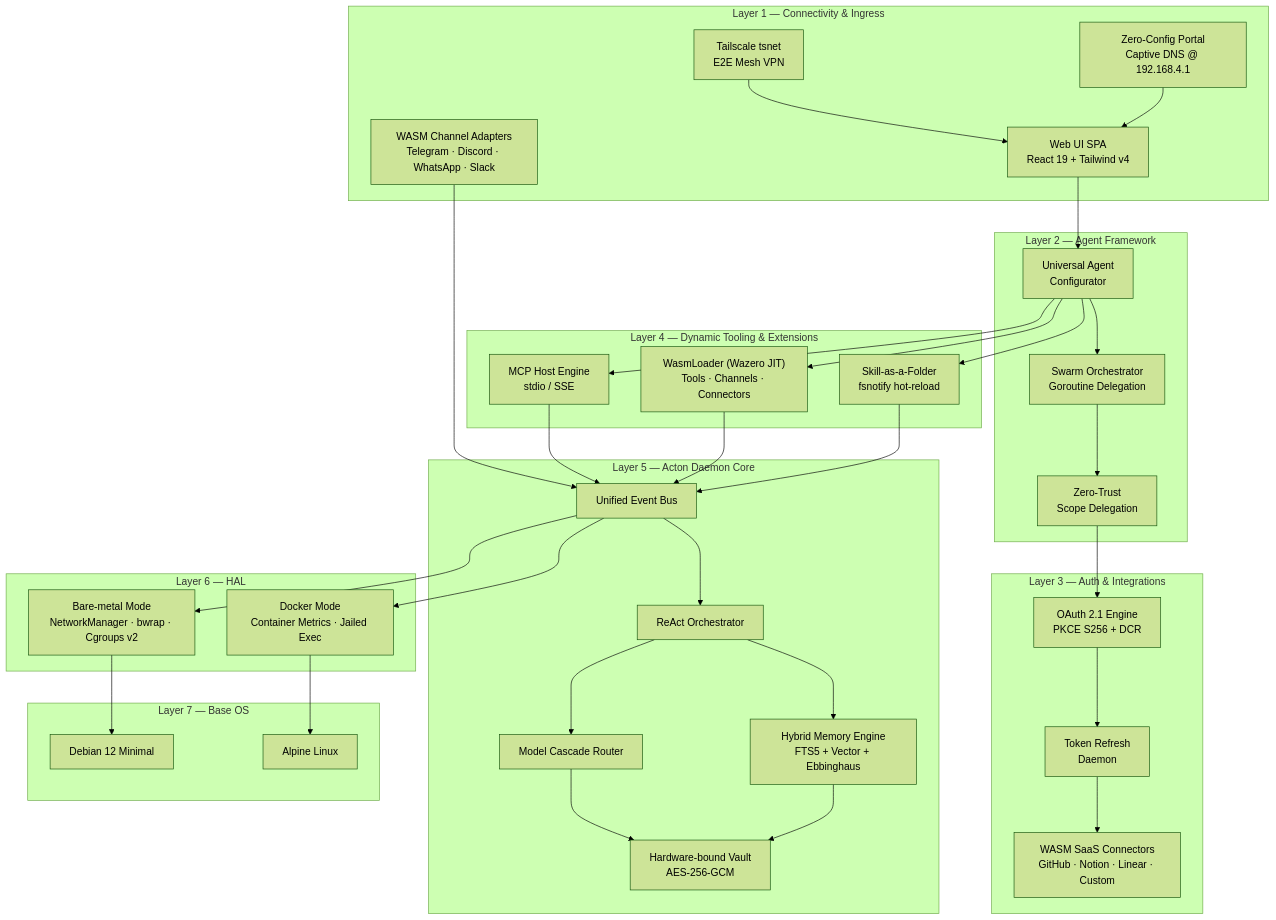
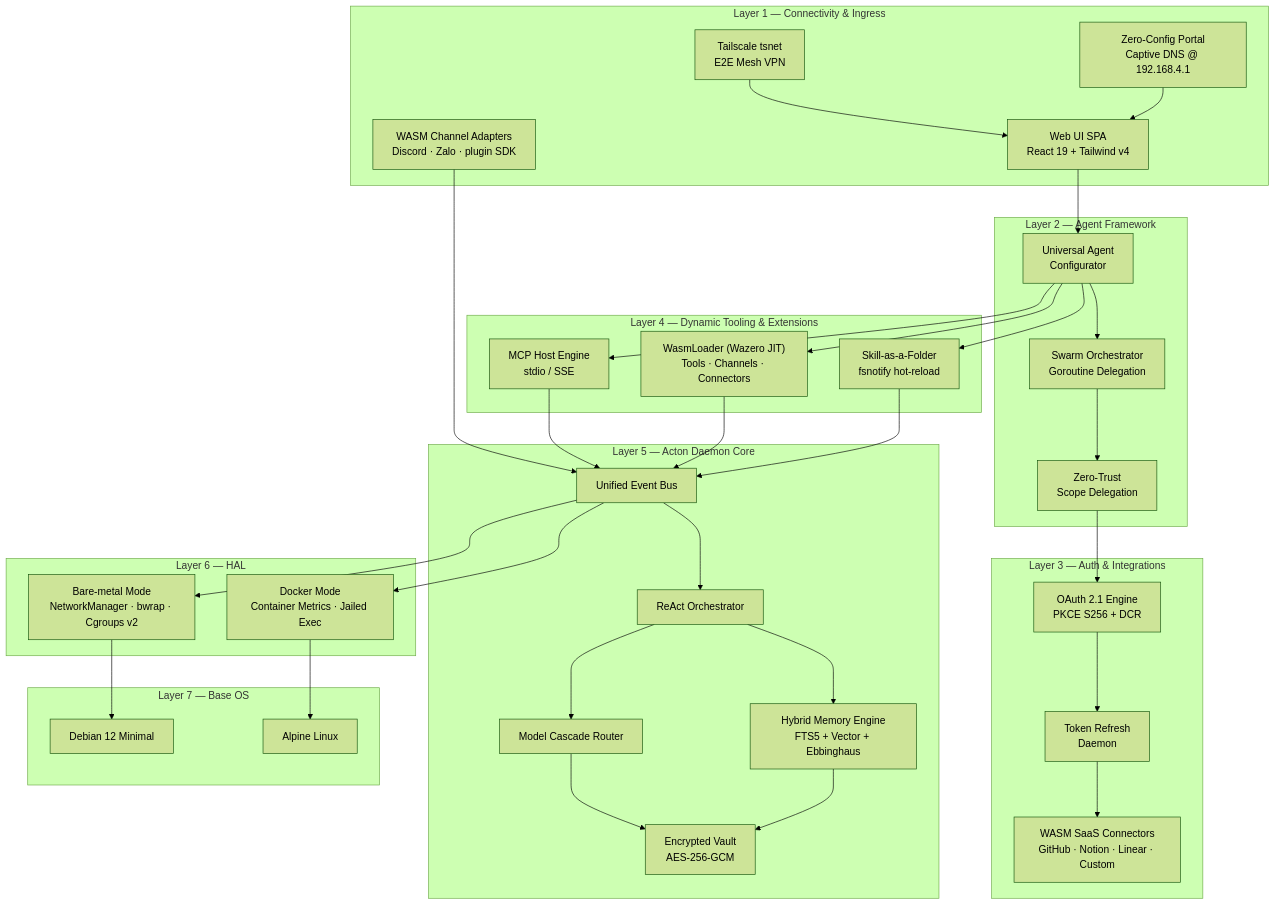
One commit to actonos/actonos changed the diagram in README.md. Above: the diagram before and after it, drawn with Mermaid (forest theme). The commit also changed other lines of this file and 81 other files, not shown here.

````diff
--- a/README.md
+++ b/README.md
@@ -40,70 +40,70 @@
 ```mermaid
 graph TB
     subgraph "Layer 1 — Connectivity & Ingress"
         TSNET["Tailscale tsnet<br/>E2E Mesh VPN"]
         WEBUI["Web UI SPA<br/>React 19 + Tailwind v4"]
-        CHANNELS["WASM Channel Adapters<br/>Telegram · Discord · WhatsApp · Slack"]
+        CHANNELS["WASM Channel Adapters<br/>Discord · Zalo · plugin SDK"]
         PORTAL["Zero-Config Portal<br/>Captive DNS @ 192.168.4.1"]
     end
 
     subgraph "Layer 2 — Agent Framework"
         CONFIGURATOR["Universal Agent<br/>Configurator"]
         SWARM["Swarm Orchestrator<br/>Goroutine Delegation"]
         DELEGATION["Zero-Trust<br/>Scope Delegation"]
     end
 
     subgraph "Layer 3 — Auth & Integrations"
         OAUTH["OAuth 2.1 Engine<br/>PKCE S256 + DCR"]
         REFRESH["Token Refresh<br/>Daemon"]
         CONNECTORS["WASM SaaS Connectors<br/>GitHub · Notion · Linear · Custom"]
     end
 
     subgraph "Layer 4 — Dynamic Tooling & Extensions"
         MCP["MCP Host Engine<br/>stdio / SSE"]
         WASM["WasmLoader (Wazero JIT)<br/>Tools · Channels · Connectors"]
         SKILLS["Skill-as-a-Folder<br/>fsnotify hot-reload"]
     end
 
     subgraph "Layer 5 — Acton Daemon Core"
         BUS["Unified Event Bus"]
         REACT_LOOP["ReAct Orchestrator"]
         CASCADE["Model Cascade Router"]
         MEMORY["Hybrid Memory Engine<br/>FTS5 + Vector + Ebbinghaus"]
-        VAULT["Hardware-bound Vault<br/>AES-256-GCM"]
+        VAULT["Encrypted Vault<br/>AES-256-GCM"]
     end
 
     subgraph "Layer 6 — HAL"
         BARE["Bare-metal Mode<br/>NetworkManager · bwrap · Cgroups v2"]
         DOCKER["Docker Mode<br/>Container Metrics · Jailed Exec"]
     end
 
     subgraph "Layer 7 — Base OS"
         DEBIAN["Debian 12 Minimal"]
         ALPINE["Alpine Linux"]
     end
 
     WEBUI --> CONFIGURATOR
     CHANNELS --> BUS
     TSNET --> WEBUI
     PORTAL --> WEBUI
     CONFIGURATOR --> SWARM
     SWARM --> DELEGATION
     DELEGATION --> OAUTH
     OAUTH --> REFRESH
     REFRESH --> CONNECTORS
     CONFIGURATOR --> MCP
     CONFIGURATOR --> WASM
     CONFIGURATOR --> SKILLS
     MCP --> BUS
     WASM --> BUS
     SKILLS --> BUS
     BUS --> REACT_LOOP
     REACT_LOOP --> CASCADE
     REACT_LOOP --> MEMORY
     CASCADE --> VAULT
     MEMORY --> VAULT
     BARE --> DEBIAN
     DOCKER --> ALPINE
     BUS --> BARE
     BUS --> DOCKER
 ```
````
